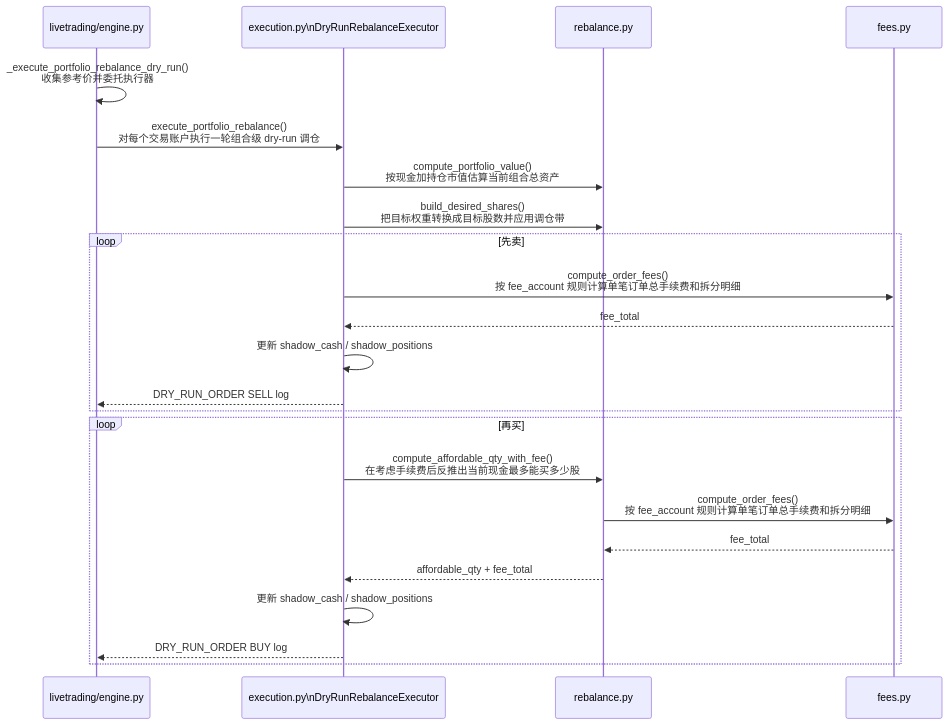
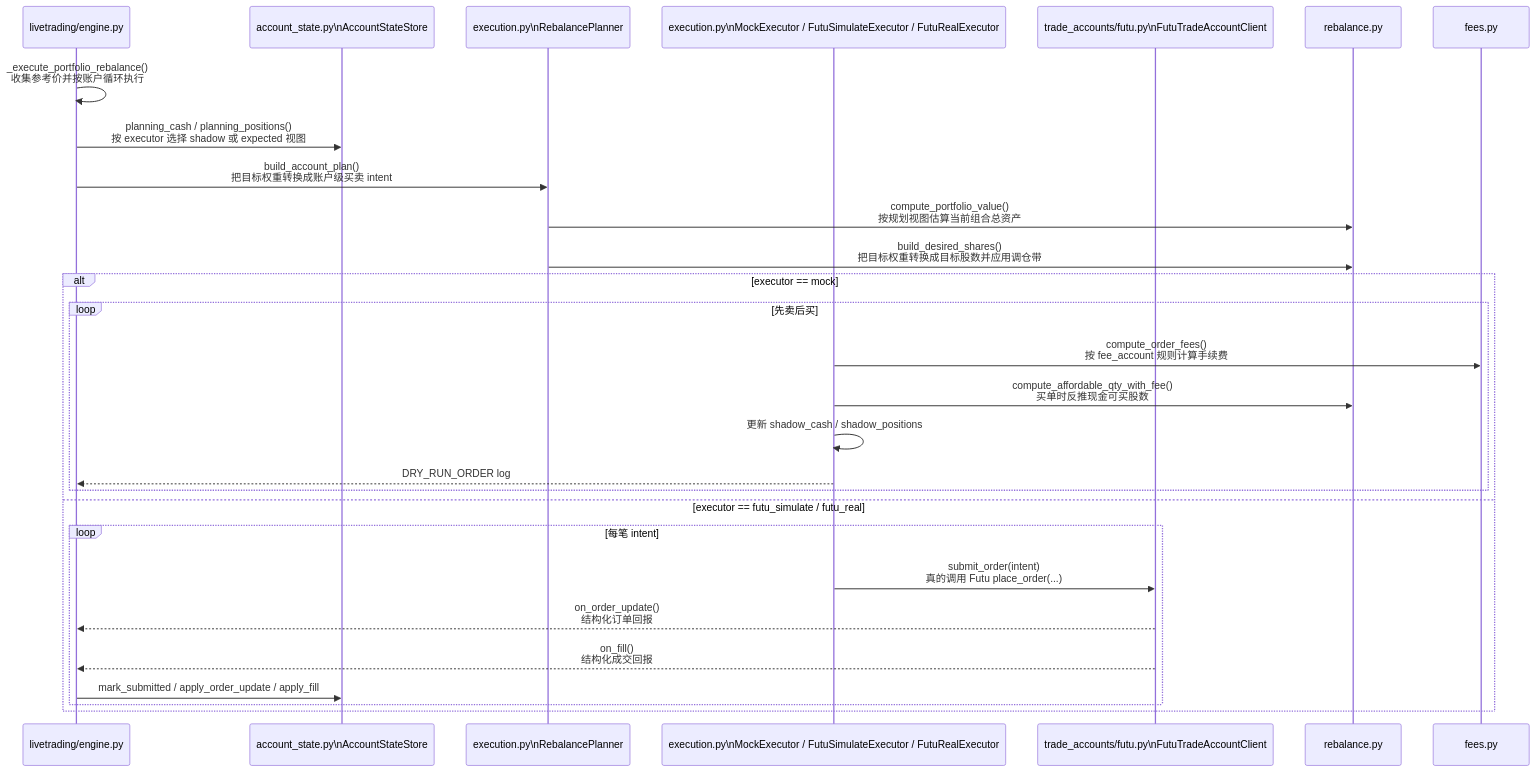
One commit to hangchow/backtest changed the seventh of 7 diagrams in docs/README_livetrading_sequence.md. Above: the diagram before and after it, drawn with Mermaid. The commit also changed other lines of this file and 33 other files, not shown here.

Commit message:
Refactor livetrading config and execution flow

````diff
--- a/docs/README_livetrading_sequence.md
+++ b/docs/README_livetrading_sequence.md
@@ -239,28 +270,32 @@
 ```mermaid
 sequenceDiagram
     participant ENG as livetrading/engine.py
-    participant EXE as execution.py\nDryRunRebalanceExecutor
+    participant STORE as account_state.py\nAccountStateStore
+    participant PLAN as execution.py\nRebalancePlanner
+    participant EXE as execution.py\nMockExecutor / FutuSimulateExecutor / FutuRealExecutor
+    participant TAC as trade_accounts/futu.py\nFutuTradeAccountClient
     participant RB as rebalance.py
     participant FEE as fees.py
 
-    ENG->>ENG: _execute_portfolio_rebalance_dry_run()<br/>收集参考价并委托执行器
-    ENG->>EXE: execute_portfolio_rebalance()<br/>对每个交易账户执行一轮组合级 dry-run 调仓
-    EXE->>RB: compute_portfolio_value()<br/>按现金加持仓市值估算当前组合总资产
-    EXE->>RB: build_desired_shares()<br/>把目标权重转换成目标股数并应用调仓带
+    ENG->>ENG: _execute_portfolio_rebalance()<br/>收集参考价并按账户循环执行
+    ENG->>STORE: planning_cash / planning_positions()<br/>按 executor 选择 shadow 或 expected 视图
+    ENG->>PLAN: build_account_plan()<br/>把目标权重转换成账户级买卖 intent
+    PLAN->>RB: compute_portfolio_value()<br/>按规划视图估算当前组合总资产
+    PLAN->>RB: build_desired_shares()<br/>把目标权重转换成目标股数并应用调仓带
 
-    loop 先卖
-        EXE->>FEE: compute_order_fees()<br/>按 fee_account 规则计算单笔订单总手续费和拆分明细
-        FEE-->>EXE: fee_total
-        EXE->>EXE: 更新 shadow_cash / shadow_positions
-        EXE-->>ENG: DRY_RUN_ORDER SELL log
-    end
-
-    loop 再买
-        EXE->>RB: compute_affordable_qty_with_fee()<br/>在考虑手续费后反推出当前现金最多能买多少股
-        RB->>FEE: compute_order_fees()<br/>按 fee_account 规则计算单笔订单总手续费和拆分明细
-        FEE-->>RB: fee_total
-        RB-->>EXE: affordable_qty + fee_total
-        EXE->>EXE: 更新 shadow_cash / shadow_positions
-        EXE-->>ENG: DRY_RUN_ORDER BUY log
+    alt executor == mock
+        loop 先卖后买
+            EXE->>FEE: compute_order_fees()<br/>按 fee_account 规则计算手续费
+            EXE->>RB: compute_affordable_qty_with_fee()<br/>买单时反推现金可买股数
+            EXE->>EXE: 更新 shadow_cash / shadow_positions
+            EXE-->>ENG: DRY_RUN_ORDER log
+        end
+    else executor == futu_simulate / futu_real
+        loop 每笔 intent
+            EXE->>TAC: submit_order(intent)<br/>真的调用 Futu place_order(...)
+            TAC-->>ENG: on_order_update()<br/>结构化订单回报
+            TAC-->>ENG: on_fill()<br/>结构化成交回报
+            ENG->>STORE: mark_submitted / apply_order_update / apply_fill
+        end
     end
 ```
````
